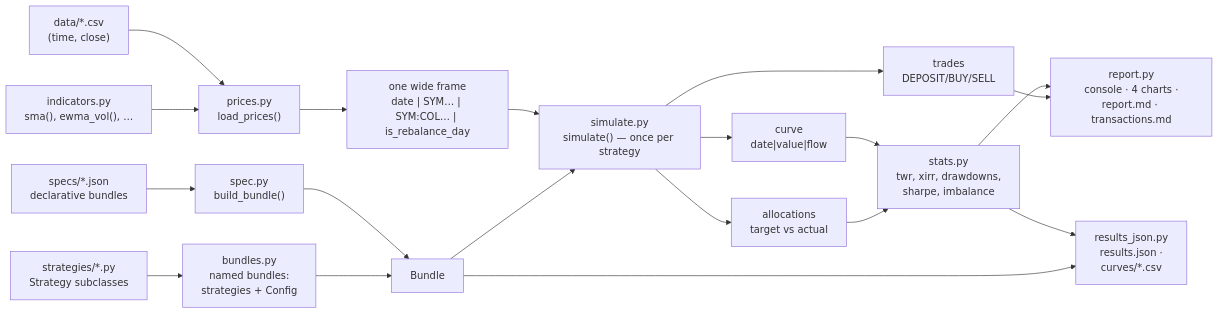
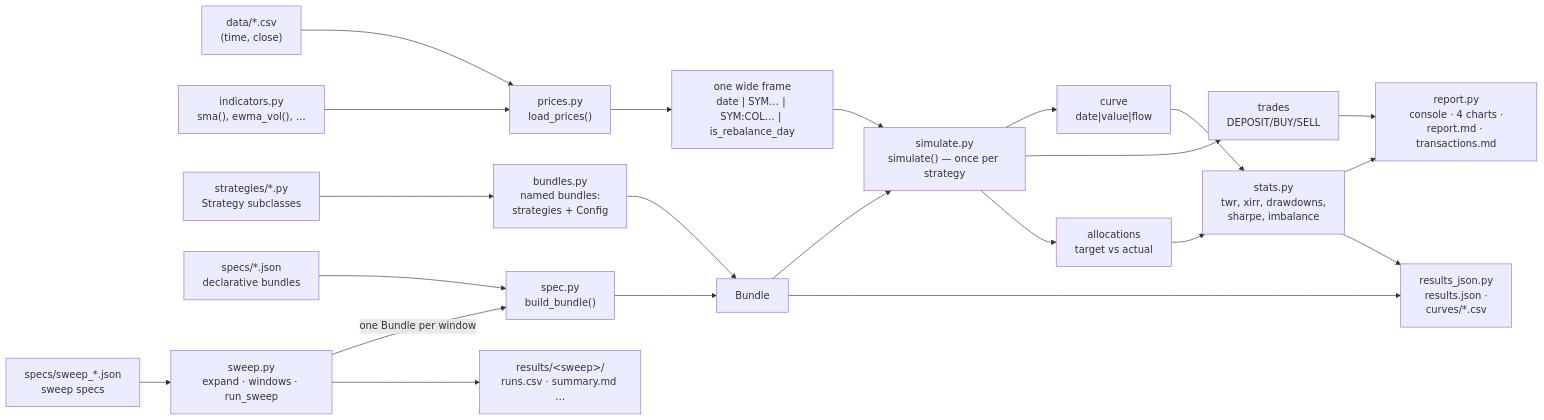
The diagram in docs/ARCHITECTURE.md (vlaas/balancing_portfolio), drawn with Mermaid before and after one commit. The commit also changed other lines of this file and 4 other files, not shown here.

First line of the commit message:
docs: sweeps section, architecture, agent protocol, spec errata (SWEEP_SPEC §8)

````diff
--- a/docs/ARCHITECTURE.md
+++ b/docs/ARCHITECTURE.md
@@ -18,21 +18,24 @@
 ```mermaid
 flowchart LR
     CSV["data/*.csv<br/>(time, close)"] --> P["prices.py<br/>load_prices()"]
     I["indicators.py<br/>sma(), ewma_vol(), …"] --> P
     P --> W["one wide frame<br/>date | SYM… | SYM:COL… | is_rebalance_day"]
     W --> E["simulate.py<br/>simulate() — once per strategy"]
     S["strategies/*.py<br/>Strategy subclasses"] --> B["bundles.py<br/>named bundles:<br/>strategies + Config"]
     SJ["specs/*.json<br/>declarative bundles"] --> SP["spec.py<br/>build_bundle()"]
     SP --> B2["Bundle"]
     B --> B2
     B2 --> E
     E --> C["curve<br/>date|value|flow"]
     E --> T["trades<br/>DEPOSIT/BUY/SELL"]
     E --> A["allocations<br/>target vs actual"]
     C --> ST["stats.py<br/>twr, xirr, drawdowns,<br/>sharpe, imbalance"]
     A --> ST
     ST --> R["report.py<br/>console · 4 charts ·<br/>report.md · transactions.md"]
     T --> R
     ST --> J["results_json.py<br/>results.json ·<br/>curves/*.csv"]
     B2 --> J
+    SWJ["specs/sweep_*.json<br/>sweep specs"] --> SW["sweep.py<br/>expand · windows · run_sweep"]
+    SW -->|"one Bundle per window"| SP
+    SW --> SWR["results/&lt;sweep&gt;/<br/>runs.csv · summary.md …"]
 ```
````
